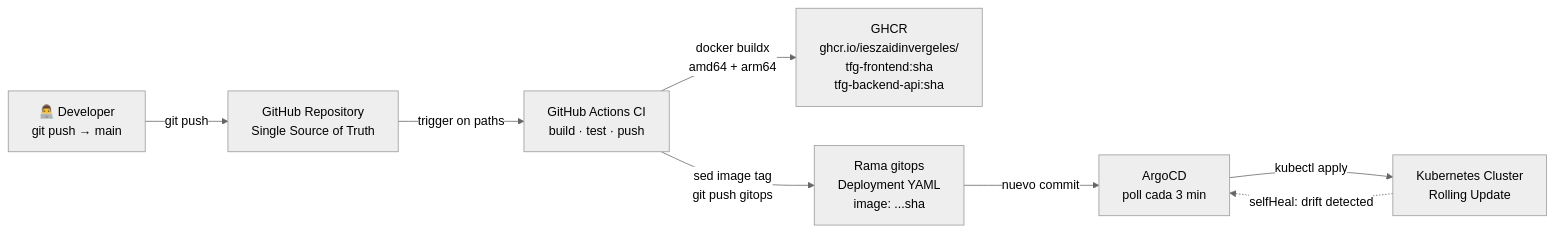
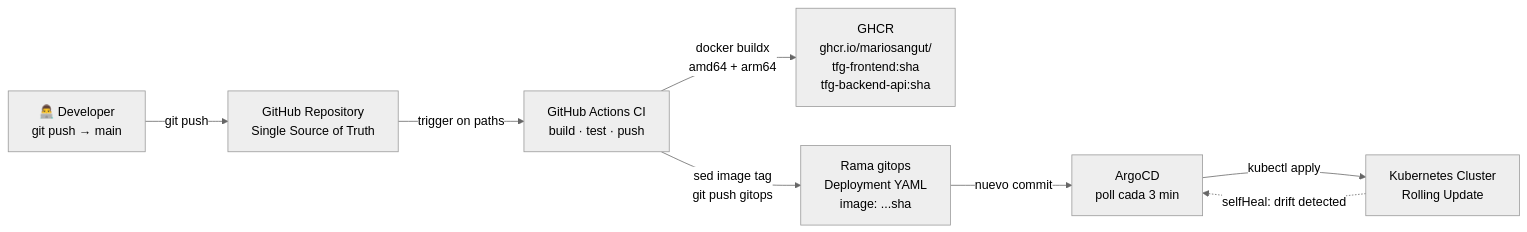
Before and after one commit to mariosangut/Infraestructura-cloud-native: the first of 2 diagrams in docs/04-gitops-ci.md, drawn with Mermaid (neutral theme). The commit also changed 14 other files, not shown here.

````diff
--- a/docs/04-gitops-ci.md
+++ b/docs/04-gitops-ci.md
@@ -17,18 +17,18 @@
 ```mermaid
 flowchart LR
     Dev["👨‍💻 Developer\ngit push → main"]
     GH["GitHub Repository\nSingle Source of Truth"]
     CI["GitHub Actions CI\nbuild · test · push"]
-    GHCR["GHCR\nghcr.io/ieszaidinvergeles/\ntfg-frontend:sha\ntfg-backend-api:sha"]
+    GHCR["GHCR\nghcr.io/mariosangut/\ntfg-frontend:sha\ntfg-backend-api:sha"]
     Manifest["Rama gitops\nDeployment YAML\nimage: ...sha"]
     ArgoCD["ArgoCD\npoll cada 3 min"]
     K8s["Kubernetes Cluster\nRolling Update"]
 
     Dev -->|"git push"| GH
     GH -->|"trigger on paths"| CI
     CI -->|"docker buildx\namd64 + arm64"| GHCR
     CI -->|"sed image tag\ngit push gitops"| Manifest
     Manifest -->|"nuevo commit"| ArgoCD
     ArgoCD -->|"kubectl apply"| K8s
     K8s -.->|"selfHeal: drift detected"| ArgoCD
 ```
````
